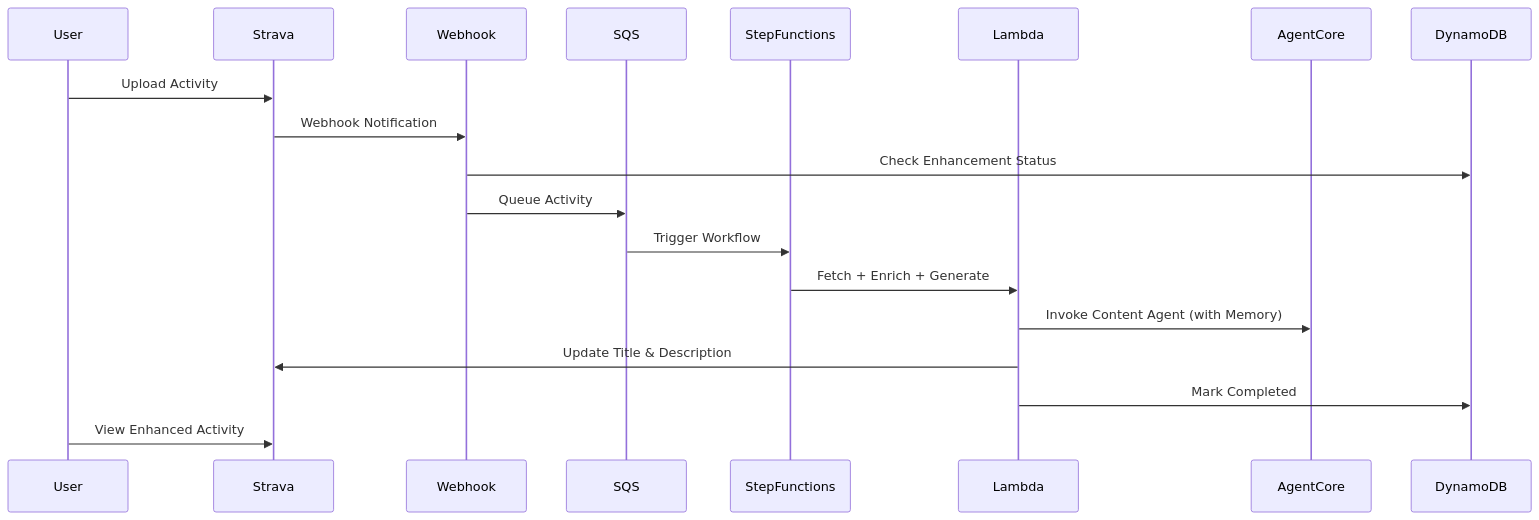
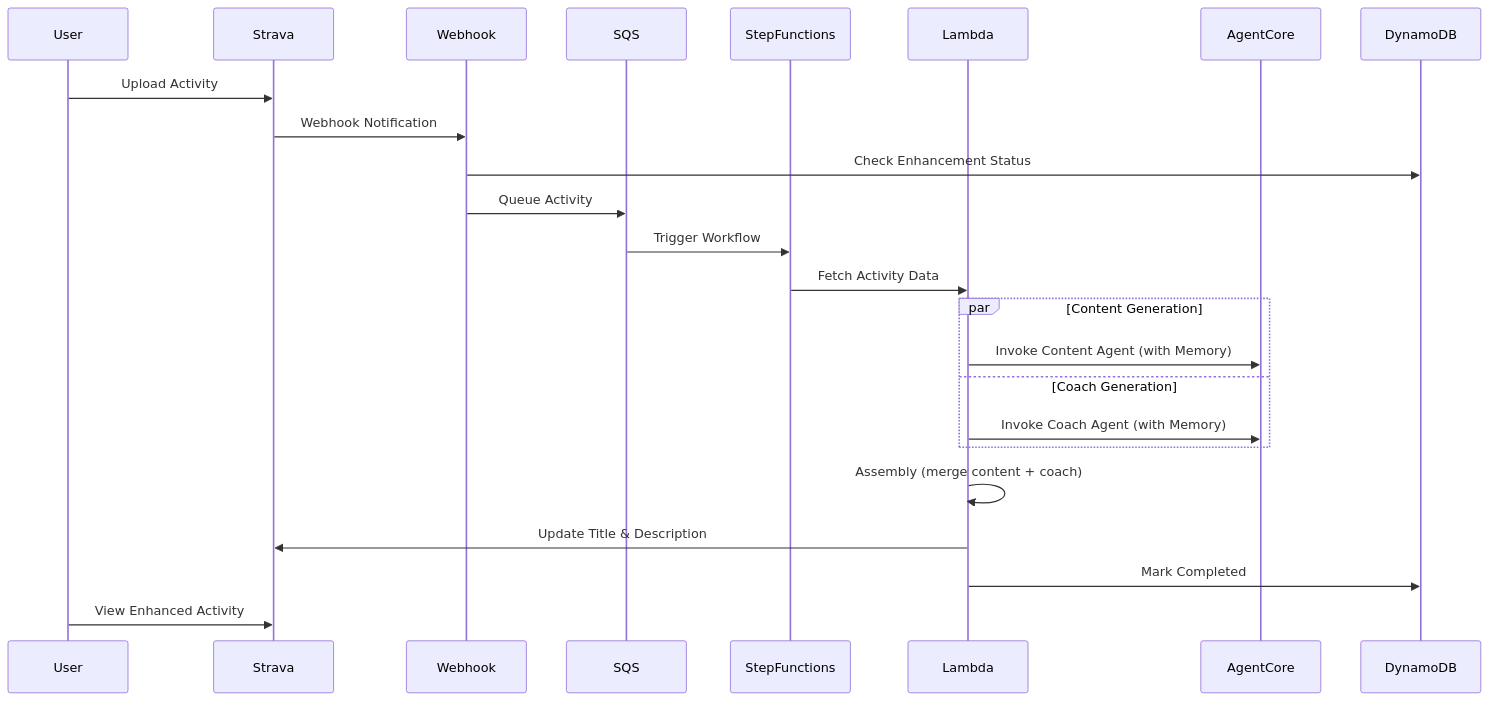
Before and after one commit to el-pedrito/strava-ai-boost: the second of 2 diagrams in README.md, drawn with Mermaid. The commit also changed other lines of this file and 1 other file, not shown here.

First line of the commit message:
feat(coach): Phase 7 — Deploy + docs update

````diff
--- a/README.md
+++ b/README.md
@@ -268,22 +270,27 @@
 ```mermaid
 sequenceDiagram
     participant User
     participant Strava
     participant Webhook
     participant SQS
     participant StepFunctions
     participant Lambda
     participant AgentCore
     participant DynamoDB
 
     User->>Strava: Upload Activity
     Strava->>Webhook: Webhook Notification
     Webhook->>DynamoDB: Check Enhancement Status
     Webhook->>SQS: Queue Activity
     SQS->>StepFunctions: Trigger Workflow
-    StepFunctions->>Lambda: Fetch + Enrich + Generate
-    Lambda->>AgentCore: Invoke Content Agent (with Memory)
+    StepFunctions->>Lambda: Fetch Activity Data
+    par Content Generation
+        Lambda->>AgentCore: Invoke Content Agent (with Memory)
+    and Coach Generation
+        Lambda->>AgentCore: Invoke Coach Agent (with Memory)
+    end
+    Lambda->>Lambda: Assembly (merge content + coach)
     Lambda->>Strava: Update Title & Description
     Lambda->>DynamoDB: Mark Completed
     User->>Strava: View Enhanced Activity
 ```
````
